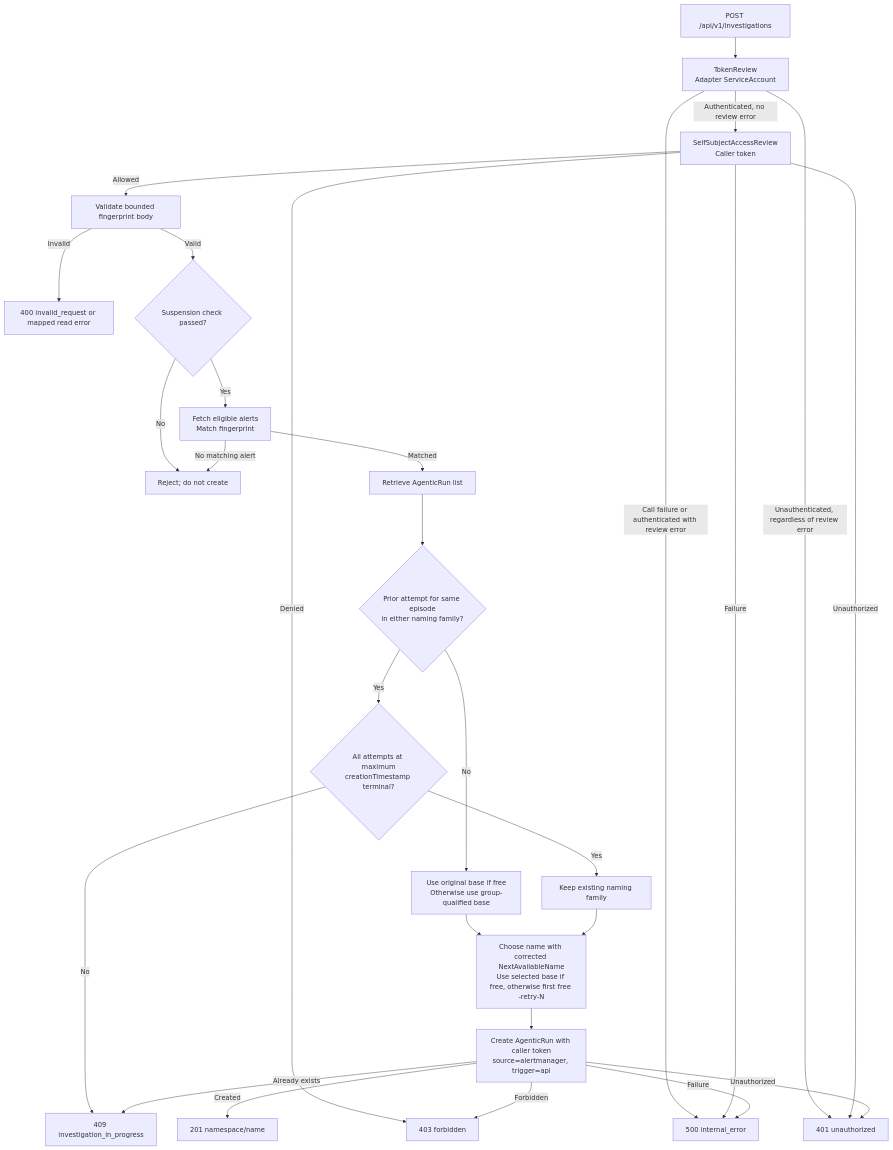
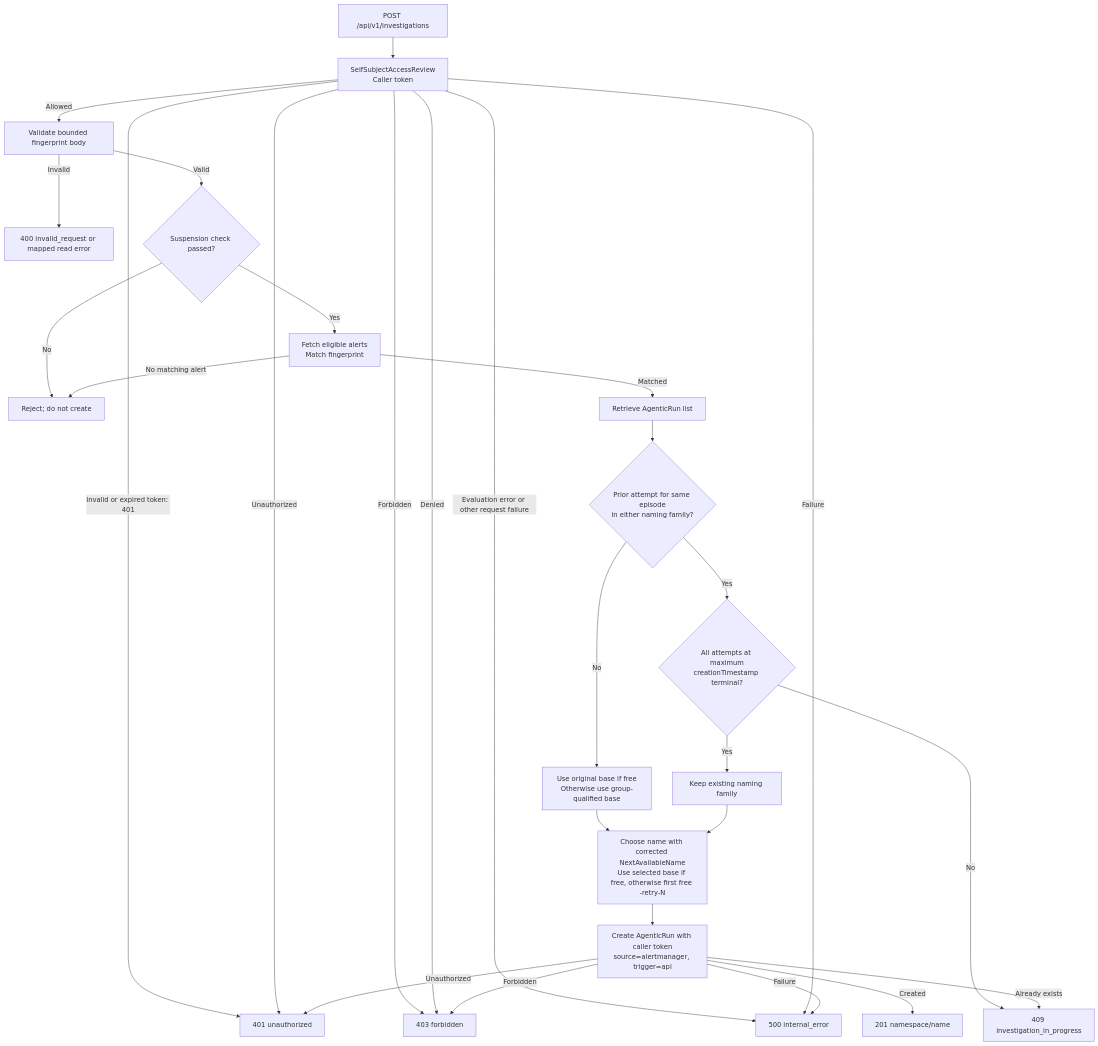
Before and after one commit to openshift/lightspeed-agentic-alerts-adapter: the diagram in .ai/spec/decisions/0001-on-demand-investigation-api.md, drawn with Mermaid. The commit also changed other lines of this file and 10 other files, not shown here.

First line of the commit message:
refactor: drop TokenReview and skip investigation server without local target

````diff
--- a/.ai/spec/decisions/0001-on-demand-investigation-api.md
+++ b/.ai/spec/decisions/0001-on-demand-investigation-api.md
@@ -95,30 +96,30 @@
 ```mermaid
 flowchart TD
-    Request[POST /api/v1/investigations] --> Token[TokenReview<br/>Adapter ServiceAccount]
-    Token -->|Unauthenticated, regardless of review error| Unauthorized[401 unauthorized]
-    Token -->|Call failure or authenticated with review error| InternalError[500 internal_error]
-    Token -->|Authenticated, no review error| Access[SelfSubjectAccessReview<br/>Caller token]
+    Request[POST /api/v1/investigations] --> Access[SelfSubjectAccessReview<br/>Caller token]
+    Access -->|Invalid or expired token: 401| Unauthorized[401 unauthorized]
+    Access -->|Forbidden| Forbidden[403 forbidden]
+    Access -->|Evaluation error or other request failure| InternalError[500 internal_error]
     Access -->|Denied| Forbidden[403 forbidden]
     Access -->|Unauthorized| Unauthorized
     Access -->|Failure| InternalError
     Access -->|Allowed| Validate[Validate bounded fingerprint body]
     Validate -->|Invalid| Invalid[400 invalid_request or mapped read error]
     Validate -->|Valid| Suspension{Suspension check passed?}
     Suspension -->|No| Reject[Reject; do not create]
     Suspension -->|Yes| Alert[Fetch eligible alerts<br/>Match fingerprint]
     Alert -->|No matching alert| Reject
     Alert -->|Matched| List[Retrieve AgenticRun list]
     List --> Exists{Prior attempt for same episode<br/>in either naming family?}
     Exists -->|No| InitialBase[Use original base if free<br/>Otherwise use group-qualified base]
     Exists -->|Yes| Terminal{All attempts at maximum<br/>creationTimestamp terminal?}
     Terminal -->|No| Conflict[409 investigation_in_progress]
     Terminal -->|Yes| ExistingBase[Keep existing naming family]
     InitialBase --> Retry[Choose name with corrected NextAvailableName<br/>Use selected base if free, otherwise first free -retry-N]
     ExistingBase --> Retry
     Retry --> Create[Create AgenticRun with caller token<br/>source=alertmanager, trigger=api]
     Create -->|Created| Created[201 namespace/name]
     Create -->|Already exists| Conflict
     Create -->|Unauthorized| Unauthorized
     Create -->|Forbidden| Forbidden
     Create -->|Failure| InternalError
 ```
````
